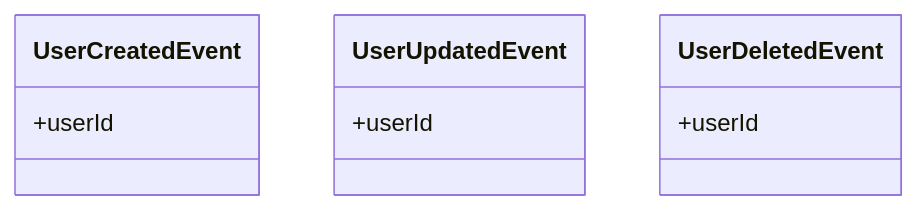
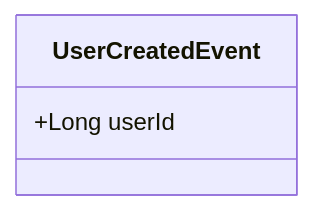
The seventh of 9 diagrams in readme.md (viswarajramji/user), drawn with Mermaid before and after one commit. The commit also changed other lines of this file, not shown here.

````diff
--- a/readme.md
+++ b/readme.md
@@ -101,10 +142,6 @@
 ```mermaid
 classDiagram
-    class UserCreatedEvent
-    class UserUpdatedEvent
-    class UserDeletedEvent
-
-    UserCreatedEvent : +userId
-    UserUpdatedEvent : +userId
-    UserDeletedEvent : +userId
+    class UserCreatedEvent {
+        +Long userId
+    }
 ```
````
